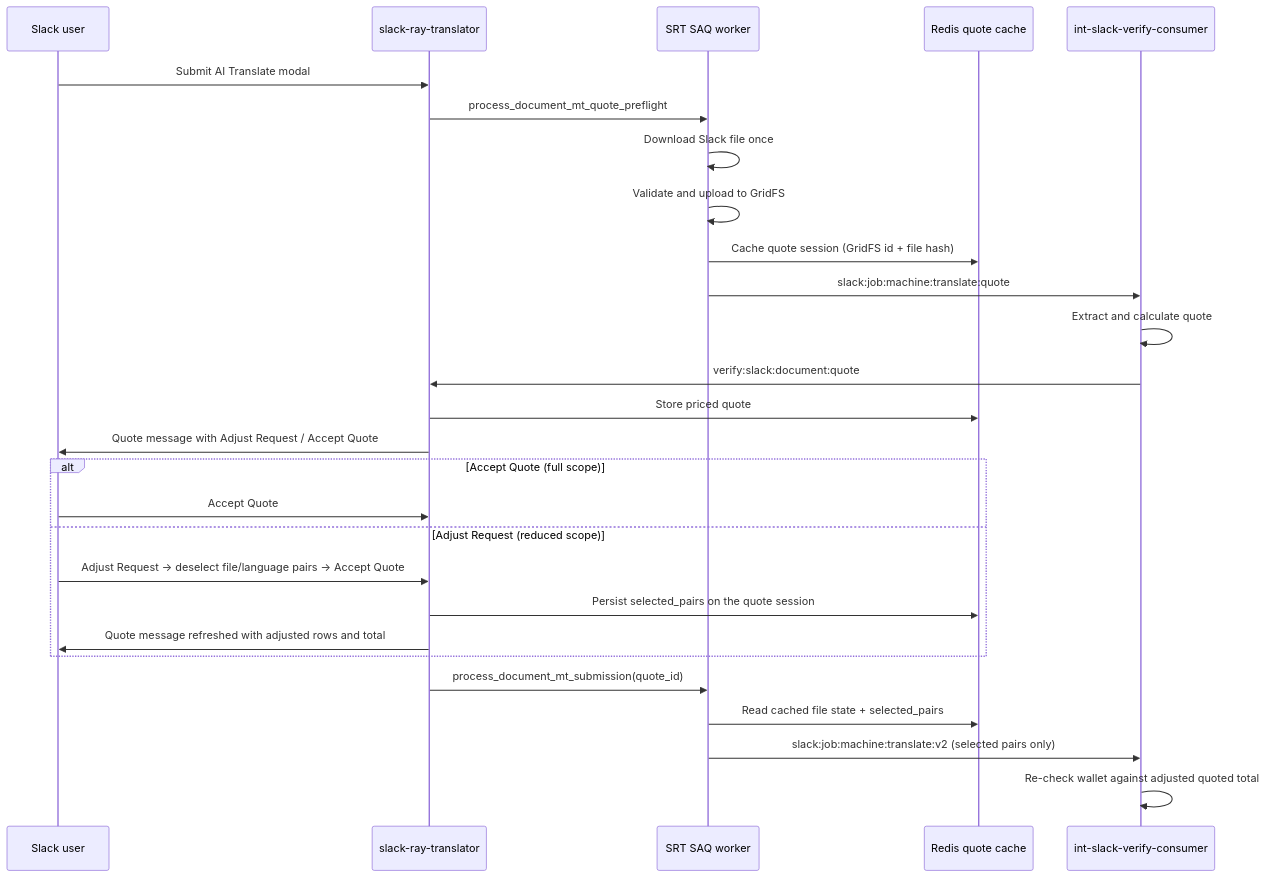
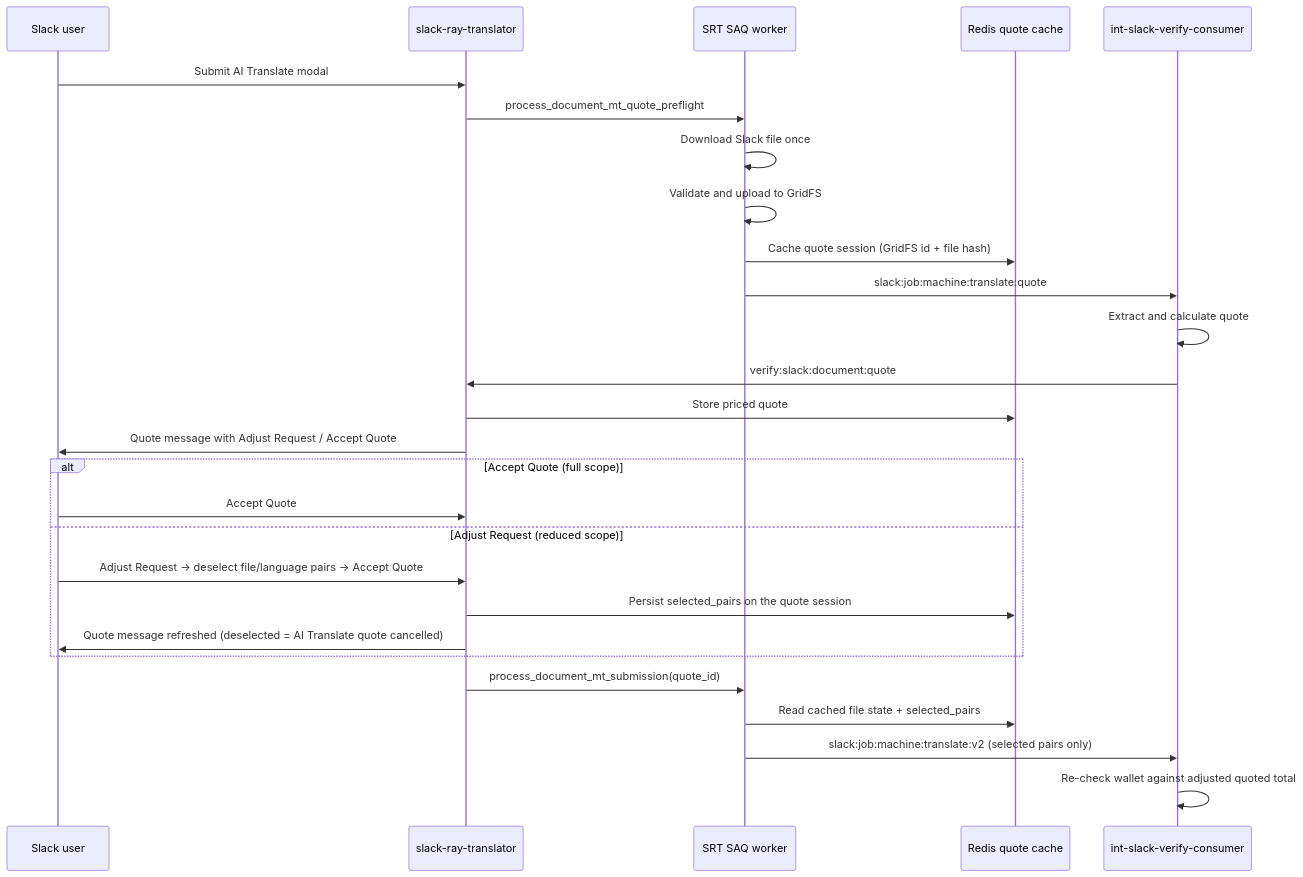
One commit to strakergroup/Nake-Agentic-Slack changed the diagram in docs/document-mt-quote-confirmation.md. Above: the diagram before and after it, drawn with Mermaid. The commit also changed other lines of this file and 9 other files, not shown here.

First line of the commit message:
fix(RAY-79115): show AI Translate quote cancelled for deselected pairs.

````diff
--- a/docs/document-mt-quote-confirmation.md
+++ b/docs/document-mt-quote-confirmation.md
@@ -28,30 +28,30 @@
 ```mermaid
 sequenceDiagram
     participant User as Slack user
     participant SRT as slack-ray-translator
     participant SAQ as SRT SAQ worker
     participant Redis as Redis quote cache
     participant Consumer as int-slack-verify-consumer
 
     User->>SRT: Submit AI Translate modal
     SRT->>SAQ: process_document_mt_quote_preflight
     SAQ->>SAQ: Download Slack file once
     SAQ->>SAQ: Validate and upload to GridFS
     SAQ->>Redis: Cache quote session (GridFS id + file hash)
     SAQ->>Consumer: slack:job:machine:translate:quote
     Consumer->>Consumer: Extract and calculate quote
     Consumer->>SRT: verify:slack:document:quote
     SRT->>Redis: Store priced quote
     SRT->>User: Quote message with Adjust Request / Accept Quote
     alt Accept Quote (full scope)
         User->>SRT: Accept Quote
     else Adjust Request (reduced scope)
         User->>SRT: Adjust Request → deselect file/language pairs → Accept Quote
         SRT->>Redis: Persist selected_pairs on the quote session
-        SRT->>User: Quote message refreshed with adjusted rows and total
+        SRT->>User: Quote message refreshed (deselected = AI Translate quote cancelled)
     end
     SRT->>SAQ: process_document_mt_submission(quote_id)
     SAQ->>Redis: Read cached file state + selected_pairs
     SAQ->>Consumer: slack:job:machine:translate:v2 (selected pairs only)
     Consumer->>Consumer: Re-check wallet against adjusted quoted total
 ```
````
